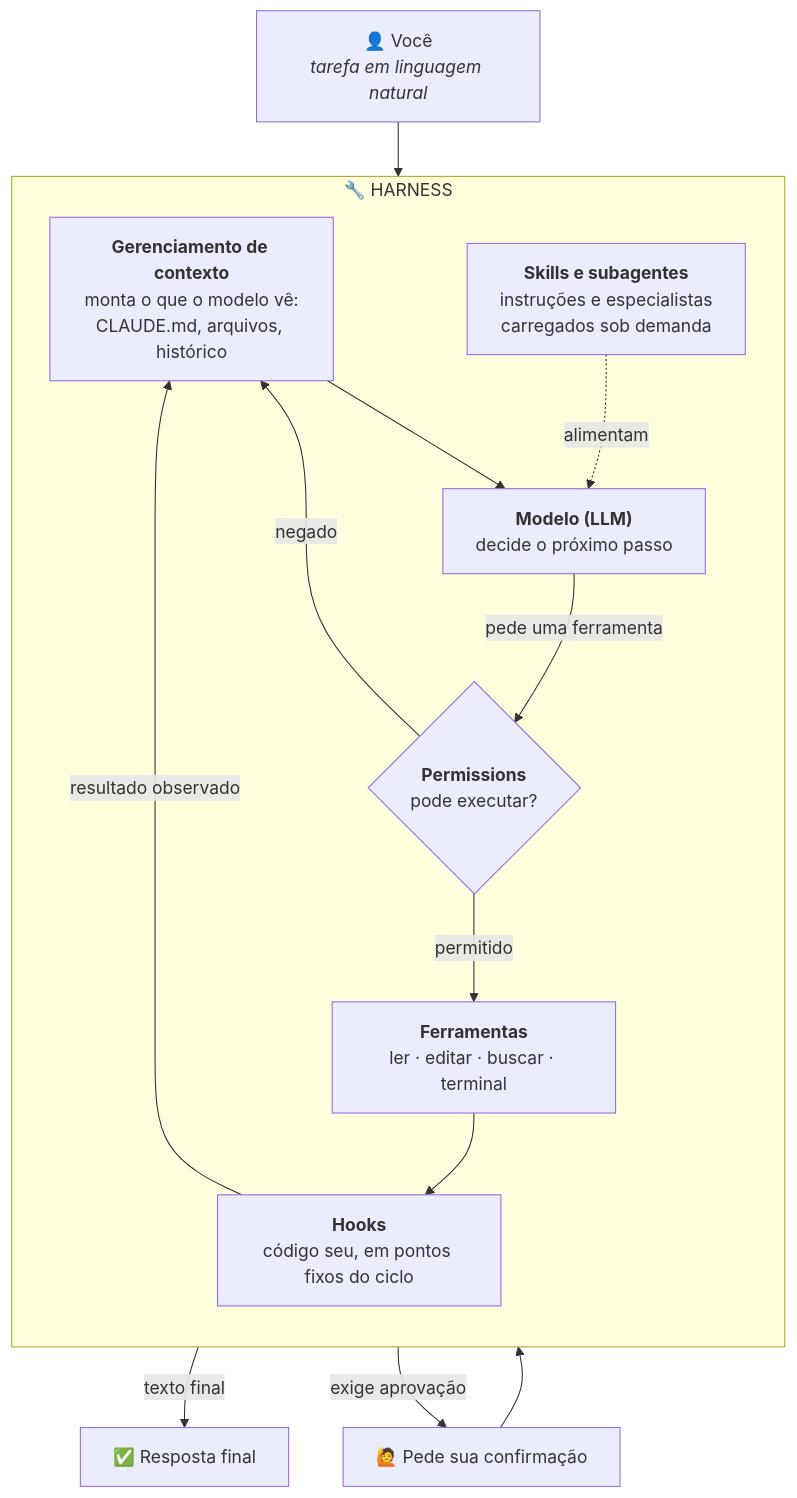
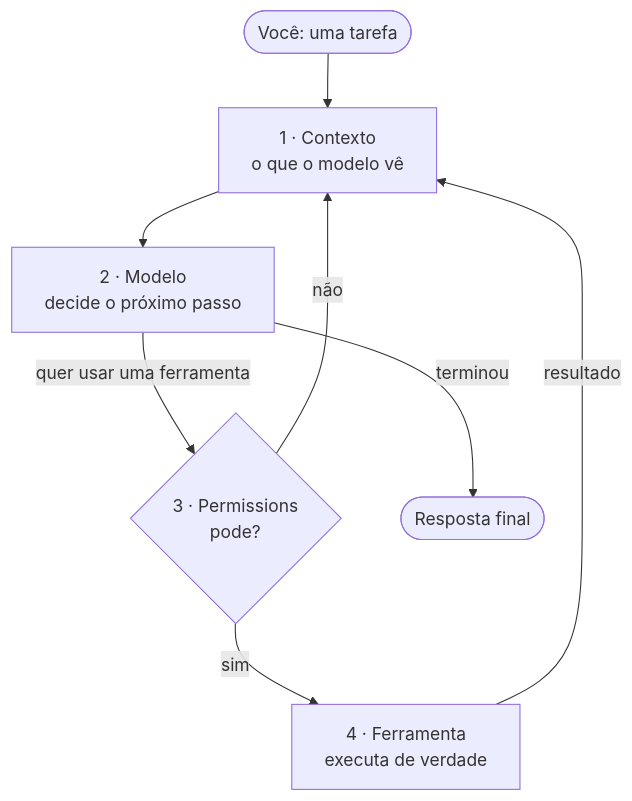
One commit to alesina78/FundamentosIA changed the diagram in 06-harness-agentic-coding-tools/6.1-o-que-e-um-harness.md. Above: the diagram before and after it, drawn with Mermaid. The commit also changed other lines of this file, not shown here.

Commit message:
Simplifica o diagrama do harness na aula 6.1

````diff
--- a/06-harness-agentic-coding-tools/6.1-o-que-e-um-harness.md
+++ b/06-harness-agentic-coding-tools/6.1-o-que-e-um-harness.md
@@ -40,29 +39,16 @@
 ```mermaid
 flowchart TD
-    U["👤 Você<br/><i>tarefa em linguagem natural</i>"]
+    U(["Você: uma tarefa"]) --> CTX
 
-    subgraph HARNESS["🔧 HARNESS"]
-        direction TB
-        CTX["<b>Gerenciamento de contexto</b><br/>monta o que o modelo vê:<br/>CLAUDE.md, arquivos, histórico"]
-        LLM["<b>Modelo (LLM)</b><br/>decide o próximo passo"]
-        EXT["<b>Skills e subagentes</b><br/>instruções e especialistas<br/>carregados sob demanda"]
-        PERM{"<b>Permissions</b><br/>pode executar?"}
-        TOOL["<b>Ferramentas</b><br/>ler · editar · buscar · terminal"]
-        HOOK["<b>Hooks</b><br/>código seu, em pontos fixos do ciclo"]
-    end
+    CTX["1 · Contexto<br/>o que o modelo vê"]
+    LLM["2 · Modelo<br/>decide o próximo passo"]
+    PERM{"3 · Permissions<br/>pode?"}
+    TOOL["4 · Ferramenta<br/>executa de verdade"]
 
-    R["✅ Resposta final"]
-    ASK["🙋 Pede sua confirmação"]
-
-    U --> CTX
     CTX --> LLM
-    EXT -.alimentam.-> LLM
-    LLM -->|"texto final"| R
-    LLM -->|"pede uma ferramenta"| PERM
-    PERM -->|"negado"| CTX
-    PERM -->|"exige aprovação"| ASK
-    ASK --> TOOL
-    PERM -->|"permitido"| TOOL
-    TOOL --> HOOK
-    HOOK -->|"resultado observado"| CTX
+    LLM -->|"quer usar uma ferramenta"| PERM
+    LLM -->|"terminou"| R(["Resposta final"])
+    PERM -->|"não"| CTX
+    PERM -->|"sim"| TOOL
+    TOOL -->|"resultado"| CTX
 ```
````
